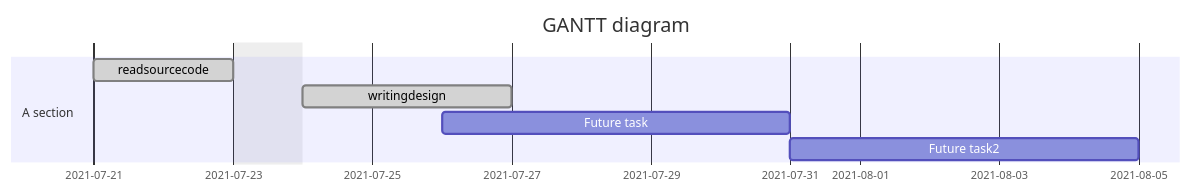
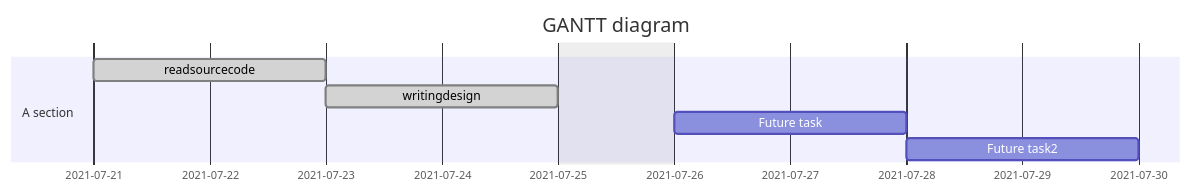
The diagram in week report/week report 21-28 July.md (LukeLIN-web/distrubuted-ML-system), drawn with Mermaid before and after one commit. The commit also changed other lines of this file and 9 other files, not shown here.

````diff
--- a/week report/week report 21-28 July.md
+++ b/week report/week report 21-28 July.md
@@ -18,13 +11,13 @@
 ```mermaid
 gantt
 dateFormat  YYYY-MM-DD
 title GANTT diagram 
-excludes weekdays 2021-07-23
+excludes weekdays 2021-07-25
 
 section A section
-readsourcecode        :done,     2021-07-21,2021-07-23
-writingdesign               :done,   2021-07-24, 3d
-Future task            :         des3, after des2, 5d
-Future task2         :         des4, after des3, 5d
+readsourcecode        :done,   des1,  2021-07-21,2021-07-23
+writingdesign               :done, des2,  2021-07-23, 2d
+Future task            :         des3, after des2, 2d
+Future task2         :         des4, after des3, 2d
 
 ```
````
